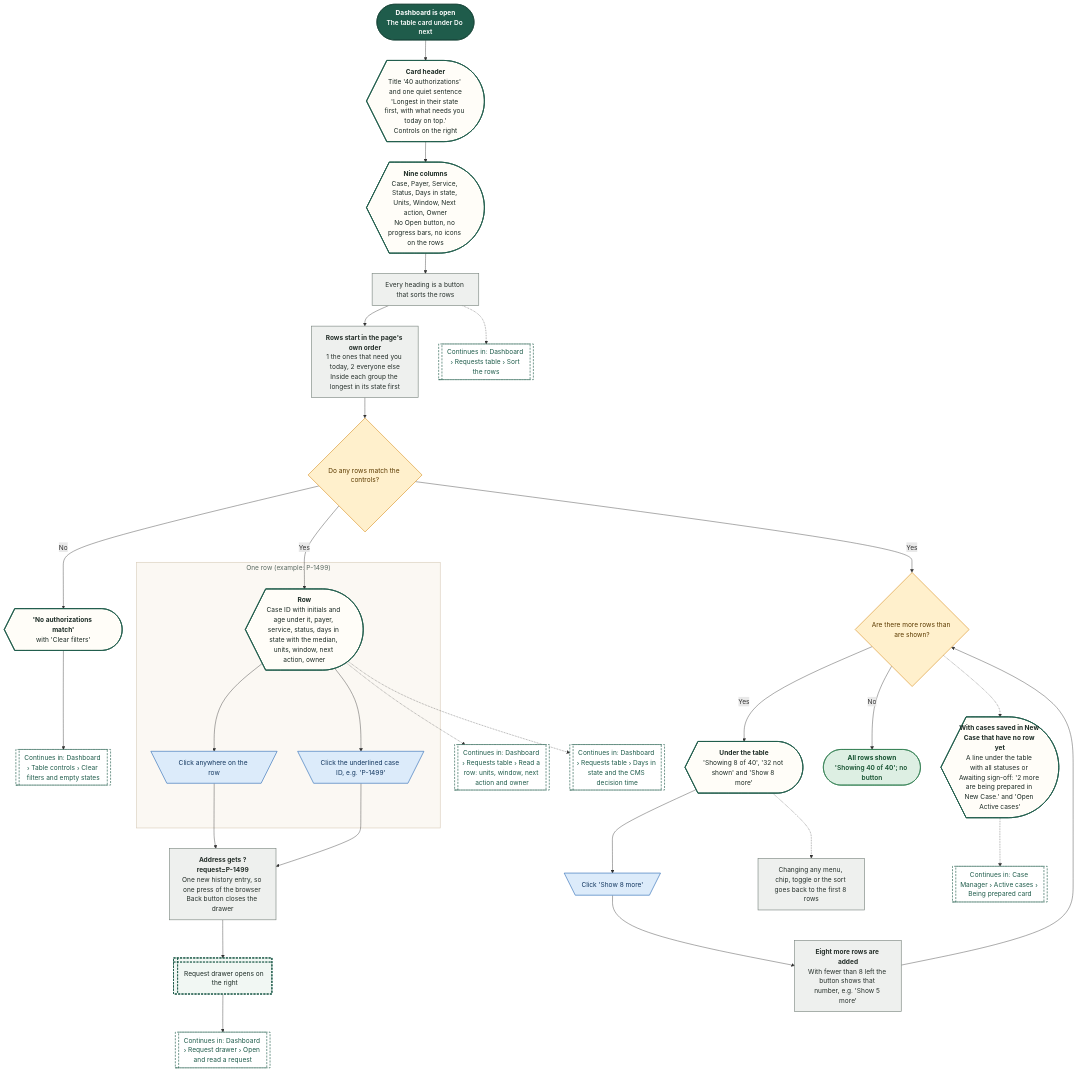
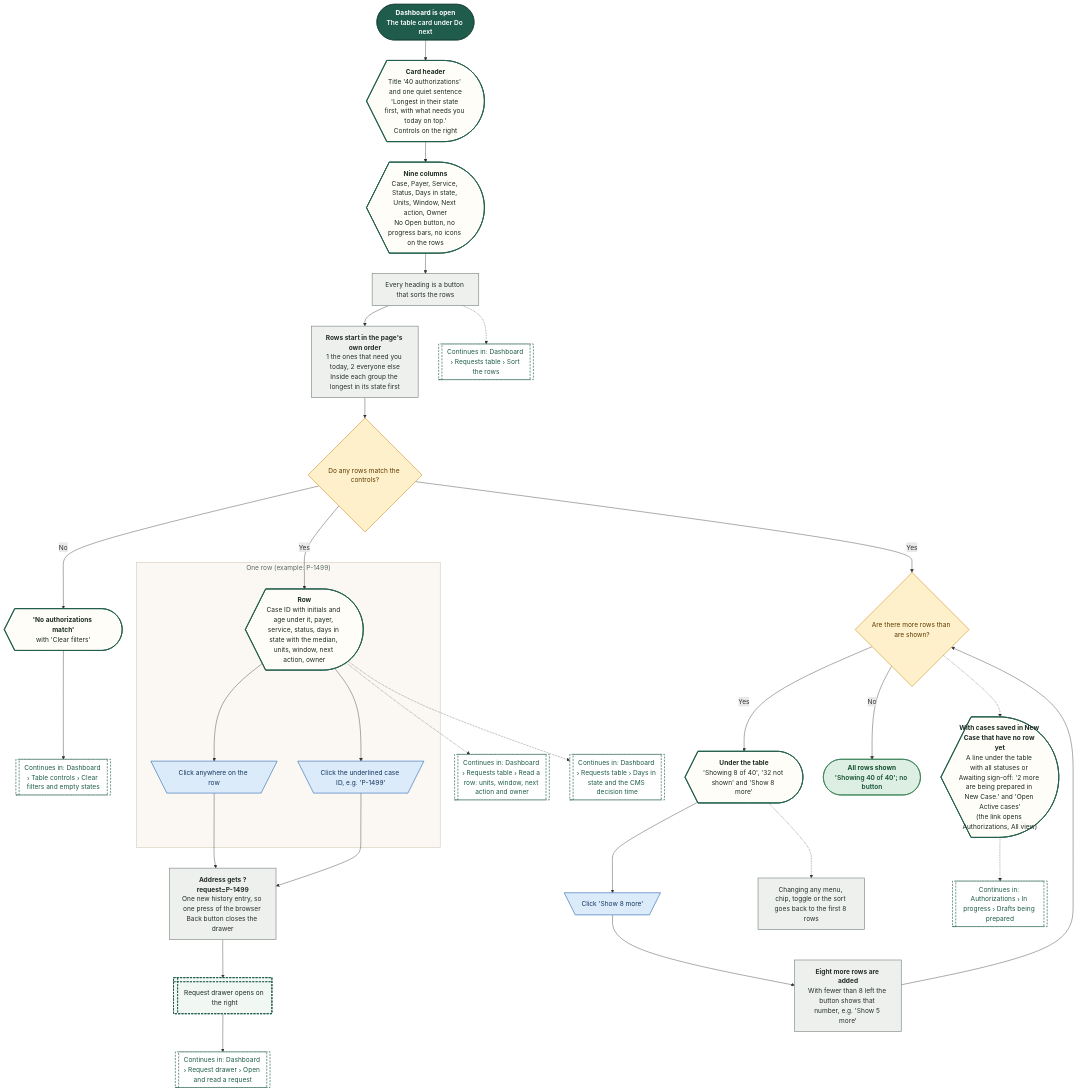
Before and after one commit to Shrav143/psyfloapp: the tenth of 21 diagrams in demos/prior-auth-demo/workflows/out/md/02-dashboard.md, drawn with Mermaid. The commit also changed other lines of this file and 113 other files, not shown here.

First line of the commit message:
docs: workflow diagrams for the merged Authorizations (worklist, approved, reviews and tracked cases, sidebar arrow), every link retargeted, 336 diagrams

````diff
--- a/demos/prior-auth-demo/workflows/out/md/02-dashboard.md
+++ b/demos/prior-auth-demo/workflows/out/md/02-dashboard.md
@@ -671,71 +671,71 @@
 ```mermaid
 %%{init: {"theme":"base","themeVariables":{"fontFamily":"'DM Sans', 'Segoe UI', system-ui, sans-serif","fontSize":"15px","lineColor":"#5B6B63","primaryTextColor":"#1C2B25","clusterBkg":"#FBF8F3","clusterBorder":"#D9CDBB","edgeLabelBackground":"#FFFFFF"},"flowchart":{"curve":"basis","nodeSpacing":36,"rankSpacing":48,"padding":12,"htmlLabels":true,"useMaxWidth":false,"wrappingWidth":230}} }%%
 flowchart TD
   classDef k_start fill:#1F5C4B,stroke:#174638,color:#FFFFFF,stroke-width:1.5px,font-weight:600
   classDef k_end fill:#DDEFE3,stroke:#2E7D4F,color:#14502F,stroke-width:1.5px,font-weight:600
   classDef k_endx fill:#FBE3E0,stroke:#C0392B,color:#7A1F16,stroke-width:1.5px,font-weight:600
   classDef k_screen fill:#FFFDF8,stroke:#1F5C4B,color:#1C2B25,stroke-width:2px
   classDef k_overlay fill:#F1F7F3,stroke:#1F5C4B,color:#1C2B25,stroke-width:2px,stroke-dasharray:5 3
   classDef k_click fill:#DCEBFA,stroke:#2F6DB5,color:#12365F,stroke-width:1.5px
   classDef k_input fill:#E4E7FF,stroke:#4C5FD5,color:#1D2670,stroke-width:1.5px
   classDef k_process fill:#EEF0EE,stroke:#7A857F,color:#26302B,stroke-width:1.5px
   classDef k_agent fill:#EEE5FA,stroke:#7A4FC2,color:#341A63,stroke-width:1.5px
   classDef k_decision fill:#FFF0CC,stroke:#D9962B,color:#5C3B00,stroke-width:1.5px
   classDef k_store fill:#D5F0EA,stroke:#1C8E7B,color:#0B4A3F,stroke-width:1.5px
   classDef k_doc fill:#F6E9DC,stroke:#B07A4C,color:#4A2E14,stroke-width:1.5px
   classDef k_ext fill:#FFE6D2,stroke:#E07B39,color:#6B2F06,stroke-width:1.5px
   classDef k_wait fill:#E4E8EE,stroke:#6B7C93,color:#26303D,stroke-width:1.5px
   classDef k_toast fill:#FFF9DB,stroke:#C9A400,color:#5A4A00,stroke-width:1.5px
   classDef k_goto fill:#FFFFFF,stroke:#1F5C4B,color:#1F5C4B,stroke-width:1.5px,stroke-dasharray:5 3
   s1@{ shape: stadium, label: "<b>Dashboard is open</b><br/>The table card under Do next" }
   sc1@{ shape: curv-trap, label: "<b>Card header</b><br/>Title '40 authorizations' and one quiet sentence<br/>'Longest in their state first, with what needs you today on top.'<br/>Controls on the right" }
   sc2@{ shape: curv-trap, label: "<b>Nine columns</b><br/>Case, Payer, Service, Status, Days in state, Units, Window, Next action, Owner<br/>No Open button, no progress bars, no icons on the rows" }
   p1@{ shape: rect, label: "Every heading is a button that sorts the rows" }
   p2@{ shape: rect, label: "<b>Rows start in the page's own order</b><br/>1 the ones that need you today, 2 everyone else<br/>Inside each group the longest in its state first" }
   d0@{ shape: diam, label: "Do any rows match the controls?" }
   em@{ shape: curv-trap, label: "<b>'No authorizations match'</b><br/>with 'Clear filters'" }
   subgraph gRow ["One row (example: P-1499)"]
   r1@{ shape: curv-trap, label: "<b>Row</b><br/>Case ID with initials and age under it, payer, service, status, days in state with the median, units, window, next action, owner" }
   c1@{ shape: trap-t, label: "Click anywhere on the row" }
   c2@{ shape: trap-t, label: "Click the underlined case ID, e.g. 'P-1499'" }
   end
   p3@{ shape: rect, label: "<b>Address gets ?request=P-1499</b><br/>One new history entry, so one press of the browser Back button closes the drawer" }
   o1@{ shape: win-pane, label: "Request drawer opens on the right" }
   g1@{ shape: subproc, label: "Continues in: Dashboard › Request drawer › Open and read a request" }
   g2@{ shape: subproc, label: "Continues in: Dashboard › Requests table › Read a row: units, window, next action and owner" }
   g3@{ shape: subproc, label: "Continues in: Dashboard › Table controls › Clear filters and empty states" }
   g4@{ shape: subproc, label: "Continues in: Dashboard › Requests table › Sort the rows" }
   g5@{ shape: subproc, label: "Continues in: Dashboard › Requests table › Days in state and the CMS decision time" }
   d1@{ shape: diam, label: "Are there more rows than are shown?" }
   sc3@{ shape: curv-trap, label: "<b>Under the table</b><br/>'Showing 8 of 40', '32 not shown' and 'Show 8 more'" }
   c4@{ shape: trap-t, label: "Click 'Show 8 more'" }
   p5@{ shape: rect, label: "<b>Eight more rows are added</b><br/>With fewer than 8 left the button shows that number, e.g. 'Show 5 more'" }
   e1@{ shape: stadium, label: "<b>All rows shown</b><br/>'Showing 40 of 40'; no button" }
   p6@{ shape: rect, label: "Changing any menu, chip, toggle or the sort goes back to the first 8 rows" }
-  sc4@{ shape: curv-trap, label: "<b>With cases saved in New Case that have no row yet</b><br/>A line under the table with all statuses or Awaiting sign-off: '2 more are being prepared in New Case.' and 'Open Active cases'" }
-  g6@{ shape: subproc, label: "Continues in: Case Manager › Active cases › Being prepared card" }
+  sc4@{ shape: curv-trap, label: "<b>With cases saved in New Case that have no row yet</b><br/>A line under the table with all statuses or Awaiting sign-off: '2 more are being prepared in New Case.' and 'Open Active cases'<br/>(the link opens Authorizations, All view)" }
+  g6@{ shape: subproc, label: "Continues in: Authorizations › In progress › Drafts being prepared" }
   s1 --> sc1 --> sc2 --> p1 --> p2 --> d0
   d0 -->|"No"| em --> g3
   d0 -->|"Yes"| r1
   r1 --> c1 & c2
   c1 --> p3
   c2 --> p3
   p3 --> o1 --> g1
   r1 -.-> g2
   p1 -.-> g4
   d0 -->|"Yes"| d1
   d1 -->|"Yes"| sc3 --> c4 --> p5 --> d1
   d1 -->|"No"| e1
   sc3 -.-> p6
   d1 -.-> sc4 -.-> g6
   r1 -.-> g5
   class s1 k_start
   class sc1,sc2,em,r1,sc3,sc4 k_screen
   class p1,p2,p3,p5,p6 k_process
   class d0,d1 k_decision
   class c1,c2,c4 k_click
   class o1 k_overlay
   class g1,g2,g3,g4,g5,g6 k_goto
   class e1 k_end
   style gRow fill:#FBF8F3,stroke:#D9CDBB,stroke-width:1.5px,color:#5B6B63
 ```
````
